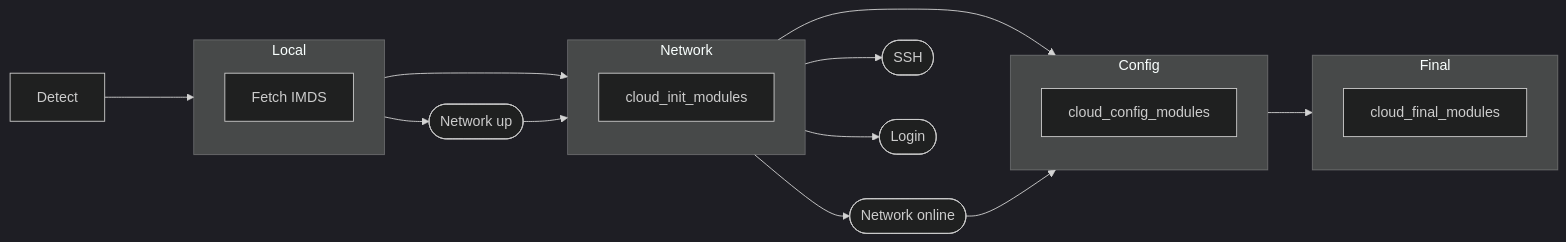
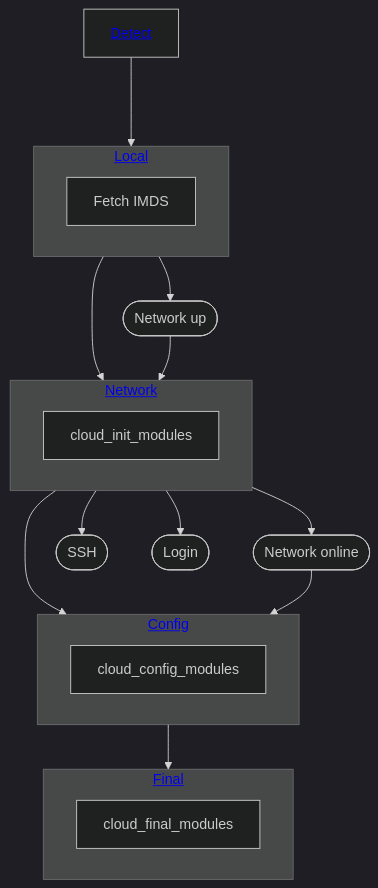
One commit to canonical/cloud-init changed the diagram in doc/rtd/explanation/boot.rst. Above: the diagram before and after it, drawn with Mermaid (dark theme). The commit also changed other lines of this file, not shown here.

Commit message:
doc: boot diagram vertical, links to stages, diagram intro text
Collapse ordered list of boot stages to a single line because we have them
represented in the section guide on the right column and we represent
them in the vertical flow diagram in the same order top to bottom.

- Add links to each diagram step pointing to the relevant stage section
- Add diagram explanation to Network stage documenting that SSH and serial
  console are accessible after this stage.

```diff
--- a/doc/rtd/explanation/boot.rst
+++ b/doc/rtd/explanation/boot.rst
@@ -16,34 +12,30 @@
 .. mermaid::
 
-  graph LR
+  graph TB
 
-    D[Detect] ---> L
+    D["<a href='#detect'>Detect</a>"] ---> L
 
     L --> NU([Network up])
     L & NU --> N
-    subgraph L[Local]
-        direction TB
+    subgraph L["<a href='#local'>Local</a>"]
         FI[Fetch IMDS]
     end
 
     N --> NO([Network online])
     N & NO --> C
     N --> S([SSH])
     N --> Login([Login])
 
-    subgraph N[Network]
-        direction TB
+    subgraph N["<a href='#network'>Network</a>"]
         cloud_init_modules
     end
     %% cloud_config_modules
 
-    subgraph C[Config]
-        direction TB
+    subgraph C["<a href='#config'>Config</a>"]
         cloud_config_modules
     end
 
     C --> F
-    subgraph F[Final]
-        direction TB
+    subgraph F["<a href='#final'>Final</a>"]
         cloud_final_modules
     end
```
